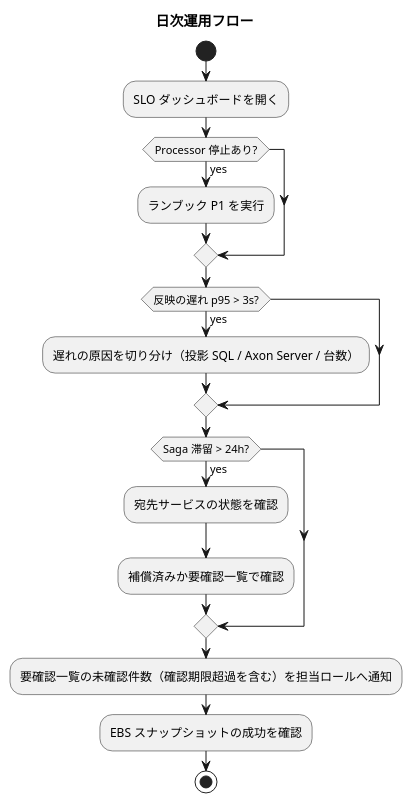
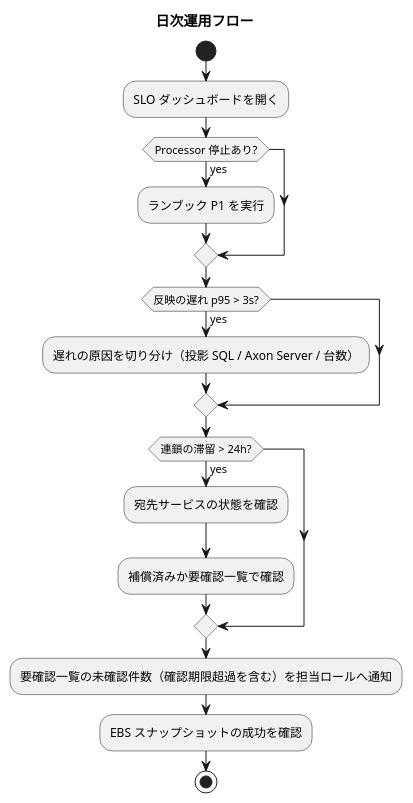
One commit to k2works/case-study-cargo-tracker changed the diagram in docs/design/cargo-tracker/operation.md. Above: the diagram before and after it, drawn with PlantUML. The commit also changed other lines of this file and 14 other files, not shown here.

````diff
--- a/docs/design/cargo-tracker/operation.md
+++ b/docs/design/cargo-tracker/operation.md
@@ -51,20 +51,20 @@
 ```plantuml
 @startuml
 title 日次運用フロー
 start
 :SLO ダッシュボードを開く;
 if (Processor 停止あり?) then (yes)
   :ランブック P1 を実行;
 endif
 if (反映の遅れ p95 > 3s?) then (yes)
   :遅れの原因を切り分け（投影 SQL / Axon Server / 台数）;
 endif
-if (Saga 滞留 > 24h?) then (yes)
+if (連鎖の滞留 > 24h?) then (yes)
   :宛先サービスの状態を確認;
   :補償済みか要確認一覧で確認;
 endif
 :要確認一覧の未確認件数（確認期限超過を含む）を担当ロールへ通知;
 :EBS スナップショットの成功を確認;
 stop
 @enduml
 ```
````
